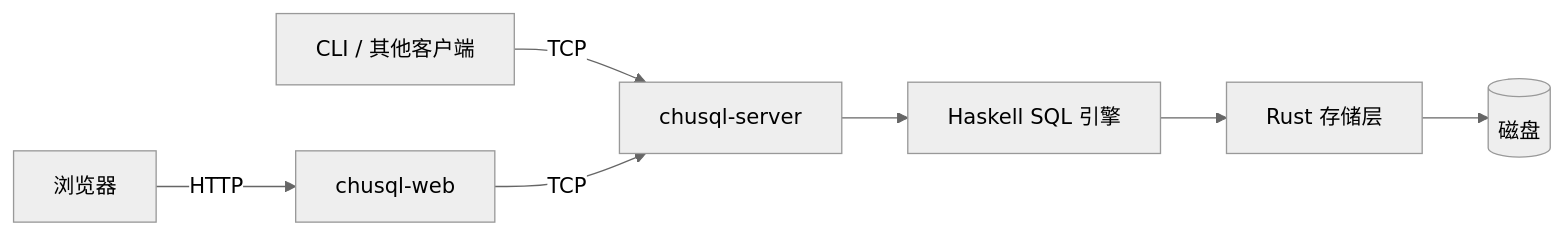
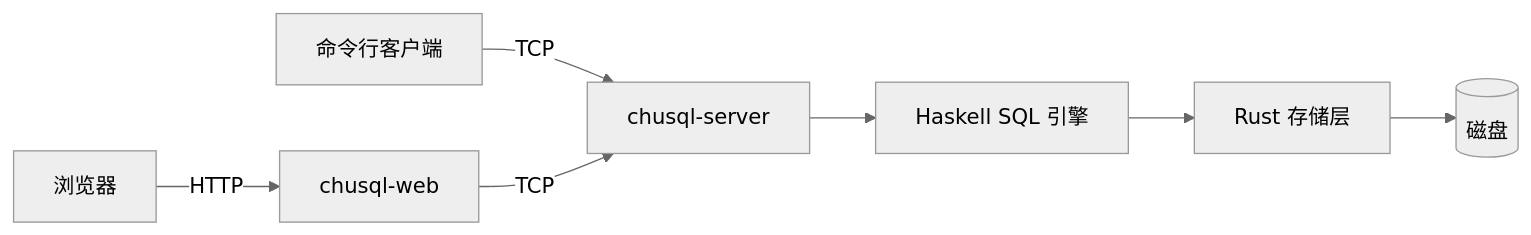
The diagram in docs/architecture.md (TheBadRoger/ChuSQL), drawn with Mermaid (neutral theme) before and after one commit. The commit also changed other lines of this file and 18 other files, not shown here.

````diff
--- a/docs/architecture.md
+++ b/docs/architecture.md
@@ -36,9 +9,9 @@
 ```mermaid
 flowchart LR
-    CLI[CLI / 其他客户端] -->|TCP| Server[chusql-server]
+    CLI[命令行客户端] -->|TCP| Server[chusql-server]
     Browser[浏览器] -->|HTTP| Web[chusql-web]
     Web -->|TCP| Server
     Server --> Engine[Haskell SQL 引擎]
     Engine --> Storage[Rust 存储层]
     Storage --> Disk[(磁盘)]
 ```
````
